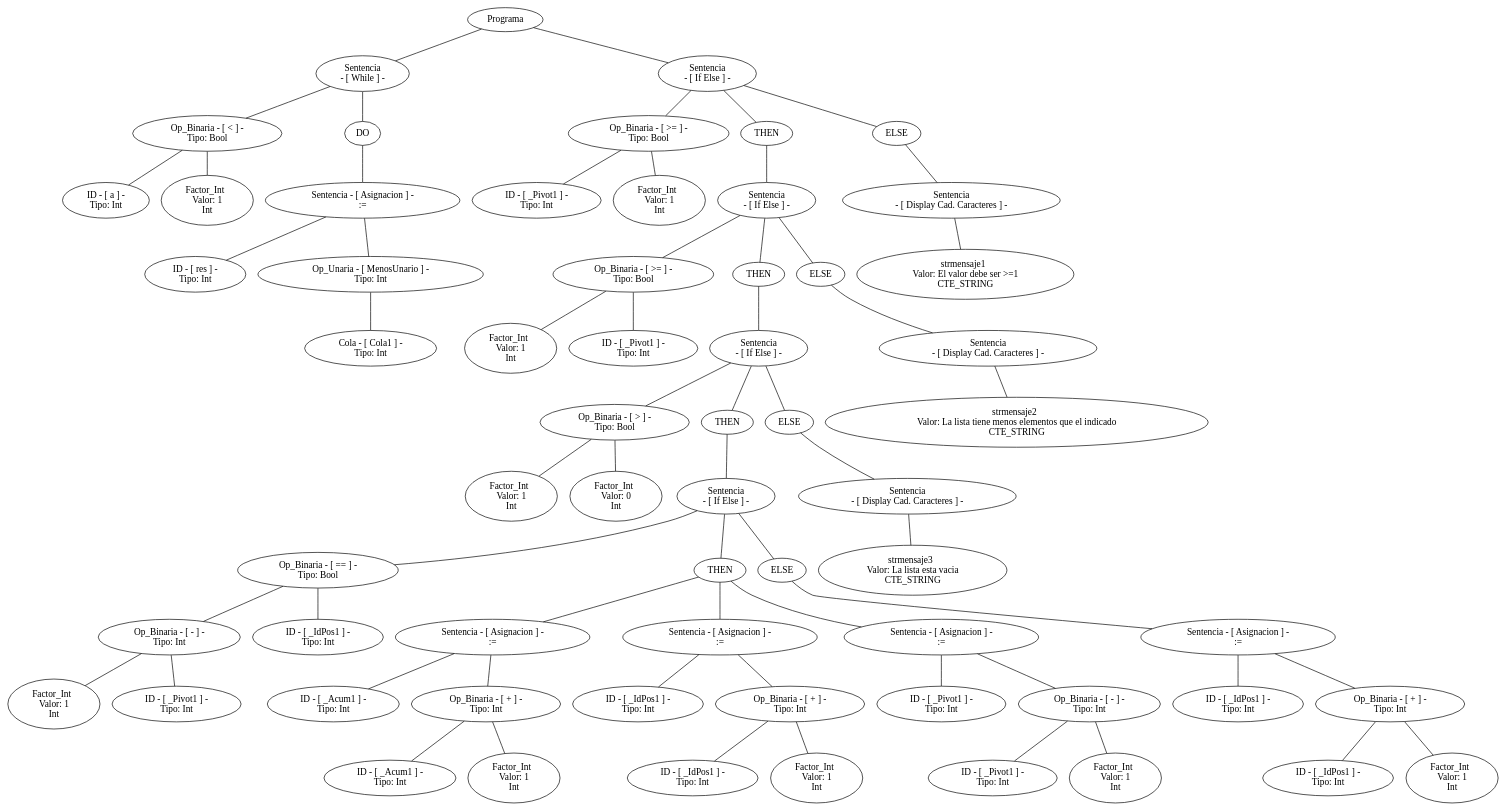
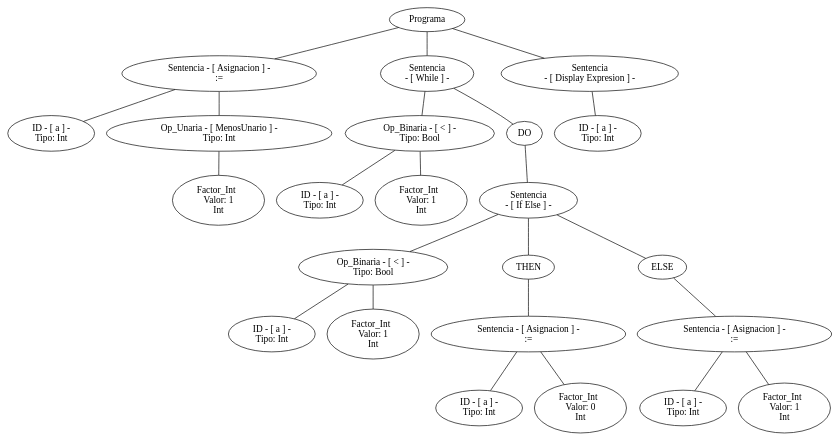
Before and after one commit to SantiPerez17/Compiladores: the diagram in arbol.dot, drawn with Graphviz. The commit also changed 15 other files, not shown here.

```diff
--- a/arbol.dot
+++ b/arbol.dot
@@ -1,189 +1,73 @@
 graph G {nodo_programa[label="Programa"]
-nodo_1109371569[label="Sentencia
- - [ While ] -"]
-nodo_programa--nodo_1109371569
-nodo_2108649164[label=" Op_Binaria - [ < ] - 
- Tipo: Bool"]
-nodo_1109371569--nodo_2108649164
-nodo_1066516207[label=" ID - [ a ] - 
+nodo_2036763419[label="Sentencia - [ Asignacion ] -
+ :="]
+nodo_programa--nodo_2036763419
+nodo_1286824973[label=" ID - [ a ] - 
  Tipo: Int"]
-nodo_2108649164--nodo_1066516207
-nodo_396180261[label="Factor_Int  
+nodo_2036763419--nodo_1286824973
+nodo_1685584631[label=" Op_Unaria - [ MenosUnario ] - 
+ Tipo: Int"]
+nodo_2036763419--nodo_1685584631
+nodo_1557969024[label="Factor_Int  
  Valor: 1 
 Int"]
-nodo_2108649164--nodo_396180261
-nodo_11093715691[label="DO"]
-nodo_1109371569--nodo_11093715691
-nodo_670700378[label="Sentencia - [ Asignacion ] -
- :="]
-nodo_11093715691--nodo_670700378
-nodo_128893786[label=" ID - [ res ] - 
+nodo_1685584631--nodo_1557969024
+nodo_933043839[label="Sentencia
+ - [ While ] -"]
+nodo_programa--nodo_933043839
+nodo_1824804253[label=" Op_Binaria - [ < ] - 
+ Tipo: Bool"]
+nodo_933043839--nodo_1824804253
+nodo_376258088[label=" ID - [ a ] - 
  Tipo: Int"]
-nodo_670700378--nodo_128893786
-nodo_109961541[label=" Op_Unaria - [ MenosUnario ] - 
- Tipo: Int"]
-nodo_670700378--nodo_109961541
-nodo_7876047301[label=" Cola - [ Cola1 ] - 
- Tipo: Int"]
-nodo_109961541--nodo_7876047301
-nodo_1732398722[label="Sentencia
- - [ If Else ] -"]
-nodo_programa--nodo_1732398722
-nodo_1108411398[label=" Op_Binaria - [ >= ] - 
- Tipo: Bool"]
-nodo_1732398722--nodo_1108411398
-nodo_1394438858[label=" ID - [ _Pivot1 ] - 
- Tipo: Int"]
-nodo_1108411398--nodo_1394438858
-nodo_584634336[label="Factor_Int  
+nodo_1824804253--nodo_376258088
+nodo_393162296[label="Factor_Int  
  Valor: 1 
 Int"]
-nodo_1108411398--nodo_584634336
-nodo_17323987221[label="THEN"]
-nodo_1732398722--nodo_17323987221
-nodo_1469821799[label="Sentencia
+nodo_1824804253--nodo_393162296
+nodo_9330438391[label="DO"]
+nodo_933043839--nodo_9330438391
+nodo_2084167179[label="Sentencia
  - [ If Else ] -"]
-nodo_17323987221--nodo_1469821799
-nodo_501263526[label=" Op_Binaria - [ >= ] - 
+nodo_9330438391--nodo_2084167179
+nodo_1411714745[label=" Op_Binaria - [ < ] - 
  Tipo: Bool"]
-nodo_1469821799--nodo_501263526
-nodo_626202354[label="Factor_Int  
+nodo_2084167179--nodo_1411714745
+nodo_45392083[label=" ID - [ a ] - 
+ Tipo: Int"]
+nodo_1411714745--nodo_45392083
+nodo_2059509259[label="Factor_Int  
  Valor: 1 
 Int"]
-nodo_501263526--nodo_626202354
-nodo_1099983479[label=" ID - [ _Pivot1 ] - 
+nodo_1411714745--nodo_2059509259
+nodo_20841671791[label="THEN"]
+nodo_2084167179--nodo_20841671791
+nodo_1037471910[label="Sentencia - [ Asignacion ] -
+ :="]
+nodo_20841671791--nodo_1037471910
+nodo_1156702016[label=" ID - [ a ] - 
  Tipo: Int"]
-nodo_501263526--nodo_1099983479
-nodo_14698217991[label="THEN"]
-nodo_1469821799--nodo_14698217991
-nodo_1268447657[label="Sentencia
- - [ If Else ] -"]
-nodo_14698217991--nodo_1268447657
-nodo_1401420256[label=" Op_Binaria - [ > ] - 
- Tipo: Bool"]
-nodo_1268447657--nodo_1401420256
-nodo_1851691492[label="Factor_Int  
+nodo_1037471910--nodo_1156702016
+nodo_440600837[label="Factor_Int  
+ Valor: 0 
+Int"]
+nodo_1037471910--nodo_440600837
+nodo_20841671792[label="ELSE"]
+nodo_2084167179--nodo_20841671792
+nodo_935198684[label="Sentencia - [ Asignacion ] -
+ :="]
+nodo_20841671792--nodo_935198684
+nodo_995274426[label=" ID - [ a ] - 
+ Tipo: Int"]
+nodo_935198684--nodo_995274426
+nodo_1267822801[label="Factor_Int  
  Valor: 1 
 Int"]
-nodo_1401420256--nodo_1851691492
-nodo_752848266[label="Factor_Int  
- Valor: 0 
-Int"]
-nodo_1401420256--nodo_752848266
-nodo_12684476571[label="THEN"]
-nodo_1268447657--nodo_12684476571
-nodo_815033865[label="Sentencia
- - [ If Else ] -"]
-nodo_12684476571--nodo_815033865
-nodo_1555093762[label=" Op_Binaria - [ == ] - 
- Tipo: Bool"]
-nodo_815033865--nodo_1555093762
-nodo_1190900417[label=" Op_Binaria - [ - ] - 
+nodo_935198684--nodo_1267822801
+nodo_658112141[label="Sentencia
+ - [ Display Expresion ] -"]
+nodo_programa--nodo_658112141
+nodo_2047581549[label=" ID - [ a ] - 
  Tipo: Int"]
-nodo_1555093762--nodo_1190900417
-nodo_379110473[label="Factor_Int  
- Valor: 1 
-Int"]
-nodo_1190900417--nodo_379110473
-nodo_99550389[label=" ID - [ _Pivot1 ] - 
- Tipo: Int"]
-nodo_1190900417--nodo_99550389
-nodo_1598924227[label=" ID - [ _IdPos1 ] - 
- Tipo: Int"]
-nodo_1555093762--nodo_1598924227
-nodo_8150338651[label="THEN"]
-nodo_815033865--nodo_8150338651
-nodo_1144748369[label="Sentencia - [ Asignacion ] -
- :="]
-nodo_8150338651--nodo_1144748369
-nodo_340870931[label=" ID - [ _Acum1 ] - 
- Tipo: Int"]
-nodo_1144748369--nodo_340870931
-nodo_1768305536[label=" Op_Binaria - [ + ] - 
- Tipo: Int"]
-nodo_1144748369--nodo_1768305536
-nodo_1530388690[label=" ID - [ _Acum1 ] - 
- Tipo: Int"]
-nodo_1768305536--nodo_1530388690
-nodo_777874839[label="Factor_Int  
- Valor: 1 
-Int"]
-nodo_1768305536--nodo_777874839
-nodo_1146743572[label="Sentencia - [ Asignacion ] -
- :="]
-nodo_8150338651--nodo_1146743572
-nodo_1512981843[label=" ID - [ _IdPos1 ] - 
- Tipo: Int"]
-nodo_1146743572--nodo_1512981843
-nodo_42768293[label=" Op_Binaria - [ + ] - 
- Tipo: Int"]
-nodo_1146743572--nodo_42768293
-nodo_1717159510[label=" ID - [ _IdPos1 ] - 
- Tipo: Int"]
-nodo_42768293--nodo_1717159510
-nodo_1834188994[label="Factor_Int  
- Valor: 1 
-Int"]
-nodo_42768293--nodo_1834188994
-nodo_1174361318[label="Sentencia - [ Asignacion ] -
- :="]
-nodo_8150338651--nodo_1174361318
-nodo_589873731[label=" ID - [ _Pivot1 ] - 
- Tipo: Int"]
-nodo_1174361318--nodo_589873731
-nodo_200006406[label=" Op_Binaria - [ - ] - 
- Tipo: Int"]
-nodo_1174361318--nodo_200006406
-nodo_2052001577[label=" ID - [ _Pivot1 ] - 
- Tipo: Int"]
-nodo_200006406--nodo_2052001577
-nodo_1160264930[label="Factor_Int  
- Valor: 1 
-Int"]
-nodo_200006406--nodo_1160264930
-nodo_8150338652[label="ELSE"]
-nodo_815033865--nodo_8150338652
-nodo_544724190[label="Sentencia - [ Asignacion ] -
- :="]
-nodo_8150338652--nodo_544724190
-nodo_1972439101[label=" ID - [ _IdPos1 ] - 
- Tipo: Int"]
-nodo_544724190--nodo_1972439101
-nodo_2007328737[label=" Op_Binaria - [ + ] - 
- Tipo: Int"]
-nodo_544724190--nodo_2007328737
-nodo_1936628443[label=" ID - [ _IdPos1 ] - 
- Tipo: Int"]
-nodo_2007328737--nodo_1936628443
-nodo_1830908236[label="Factor_Int  
- Valor: 1 
-Int"]
-nodo_2007328737--nodo_1830908236
-nodo_12684476572[label="ELSE"]
-nodo_1268447657--nodo_12684476572
-nodo_277630005[label="Sentencia
- - [ Display Cad. Caracteres ] -"]
-nodo_12684476572--nodo_277630005
-nodo_1288354730[label="strmensaje3  
- Valor: La lista esta vacia 
-CTE_STRING"]
-nodo_277630005--nodo_1288354730
-nodo_14698217992[label="ELSE"]
-nodo_1469821799--nodo_14698217992
-nodo_1274370218[label="Sentencia
- - [ Display Cad. Caracteres ] -"]
-nodo_14698217992--nodo_1274370218
-nodo_758705033[label="strmensaje2  
- Valor: La lista tiene menos elementos que el indicado 
-CTE_STRING"]
-nodo_1274370218--nodo_758705033
-nodo_17323987222[label="ELSE"]
-nodo_1732398722--nodo_17323987222
-nodo_1604839423[label="Sentencia
- - [ Display Cad. Caracteres ] -"]
-nodo_17323987222--nodo_1604839423
-nodo_1177096266[label="strmensaje1  
- Valor: El valor debe ser >=1 
-CTE_STRING"]
-nodo_1604839423--nodo_1177096266
+nodo_658112141--nodo_2047581549
 }
```
